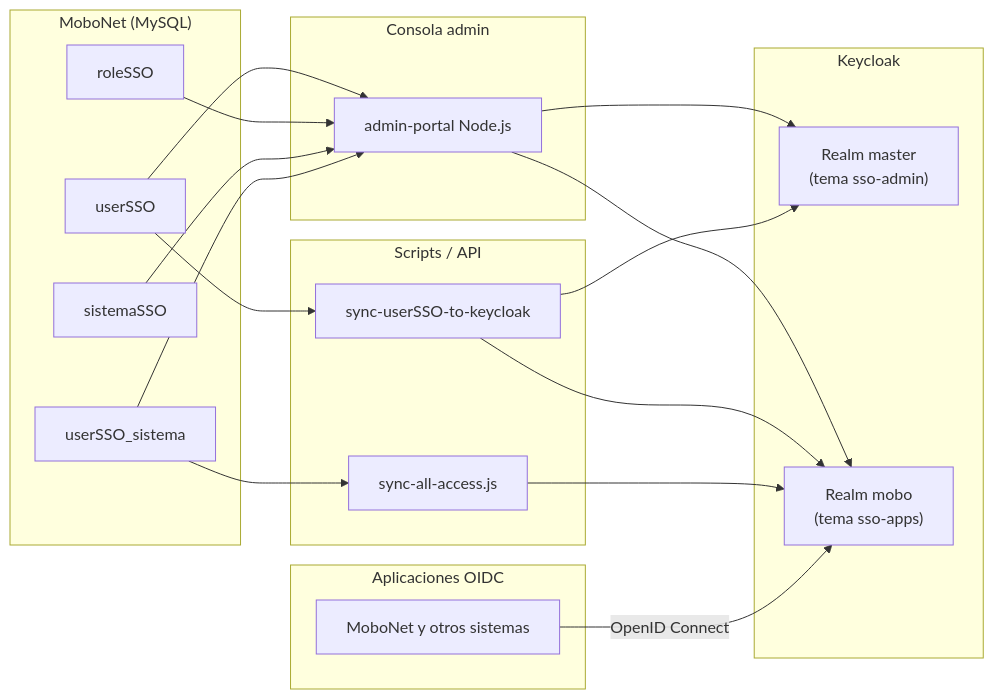
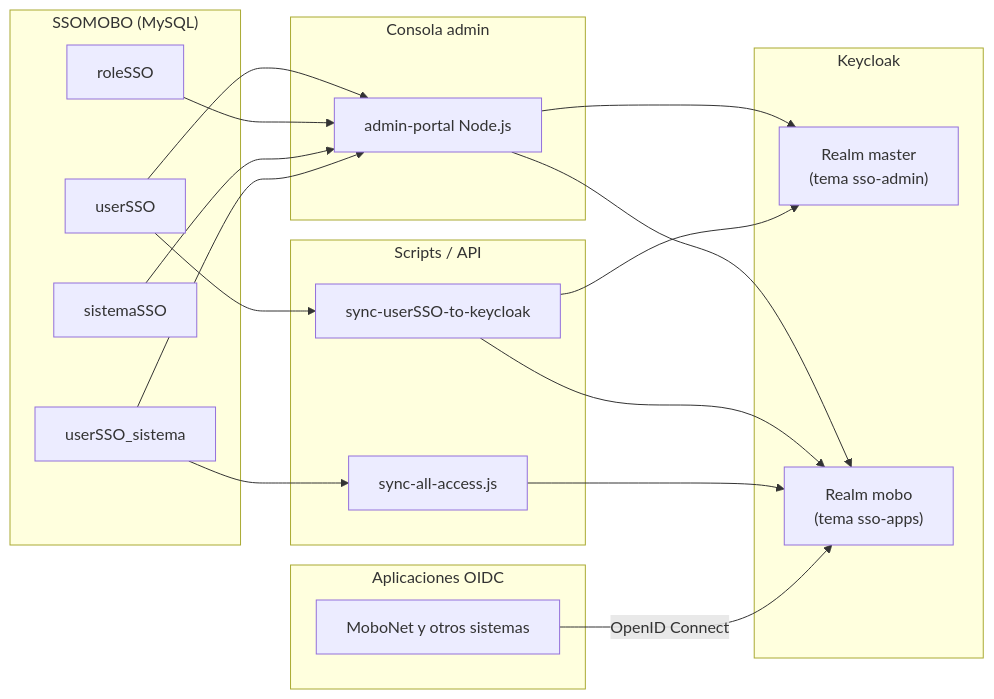
Before and after one commit to cris1059/sso-mobo: the diagram in DOCUMENTACION-PROYECTO.md, drawn with Mermaid. The commit also changed other lines of this file and 88 other files, not shown here.

````diff
--- a/DOCUMENTACION-PROYECTO.md
+++ b/DOCUMENTACION-PROYECTO.md
@@ -26,40 +26,40 @@
 ```mermaid
 flowchart LR
-    subgraph BD["MoboNet (MySQL)"]
+    subgraph BD["SSOMOBO (MySQL)"]
         userSSO[userSSO]
         roleSSO[roleSSO]
         sistemaSSO[sistemaSSO]
         links[userSSO_sistema]
     end
 
     subgraph Admin["Consola admin"]
         portal[admin-portal Node.js]
     end
 
     subgraph Sync["Scripts / API"]
         sync[sync-userSSO-to-keycloak]
         access[sync-all-access.js]
     end
 
     subgraph KC["Keycloak"]
         master["Realm master\n(tema sso-admin)"]
         mobo["Realm mobo\n(tema sso-apps)"]
     end
 
     subgraph Apps["Aplicaciones OIDC"]
         mobonet["MoboNet y otros sistemas"]
     end
 
     userSSO --> portal
     roleSSO --> portal
     sistemaSSO --> portal
     links --> portal
     portal --> mobo
     portal --> master
     userSSO --> sync
     links --> access
     sync --> master
     sync --> mobo
     access --> mobo
     mobonet -->|OpenID Connect| mobo
 ```
````
